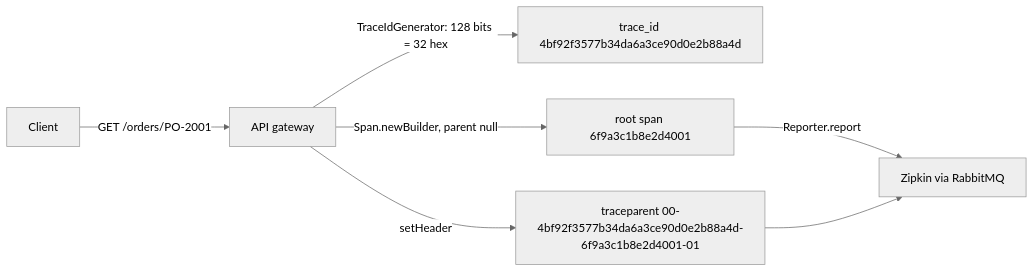
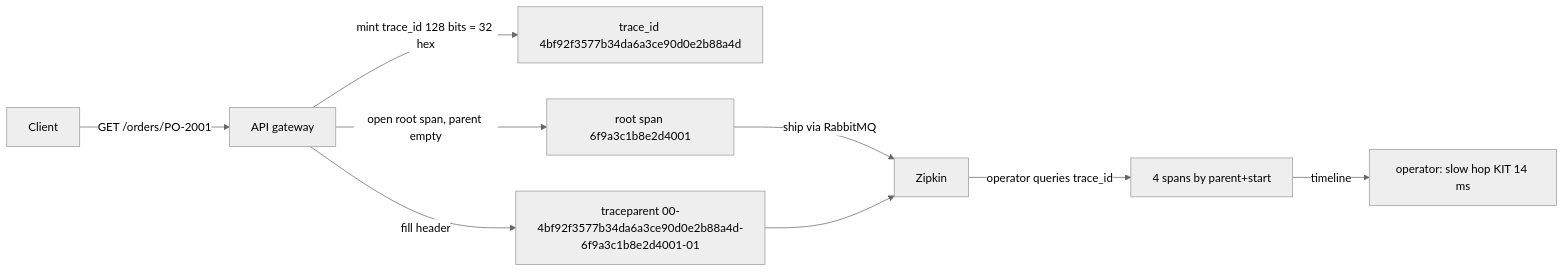
One commit to vinayakuber/microservices-io-study-guide changed the fifth of 9 diagrams in docs/ch33-distributed-tracing.md. Above: the diagram before and after it, drawn with Mermaid (neutral theme). The commit also changed other lines of this file and 14 other files, not shown here.

````diff
--- a/docs/ch33-distributed-tracing.md
+++ b/docs/ch33-distributed-tracing.md
@@ -254,9 +248,11 @@
 ```mermaid
 flowchart LR
   C["Client"] -->|"GET /orders/PO-2001"| G["API gateway"]
-  G -->|"TraceIdGenerator: 128 bits = 32 hex"| T["trace_id 4bf92f3577b34da6a3ce90d0e2b88a4d"]
-  G -->|"Span.newBuilder, parent null"| S["root span 6f9a3c1b8e2d4001"]
-  G -->|"setHeader"| H["traceparent 00-4bf92f3577b34da6a3ce90d0e2b88a4d-6f9a3c1b8e2d4001-01"]
-  S -->|"Reporter.report"| Z["Zipkin via RabbitMQ"]
+  G -->|"mint trace_id 128 bits = 32 hex"| T["trace_id 4bf92f3577b34da6a3ce90d0e2b88a4d"]
+  G -->|"open root span, parent empty"| S["root span 6f9a3c1b8e2d4001"]
+  G -->|"fill header"| H["traceparent 00-4bf92f3577b34da6a3ce90d0e2b88a4d-6f9a3c1b8e2d4001-01"]
+  S -->|"ship via RabbitMQ"| Z["Zipkin"]
   H --> Z
+  Z -->|"operator queries trace_id"| R["4 spans by parent+start"]
+  R -->|"timeline"| O["operator: slow hop KIT 14 ms"]
 ```
````
